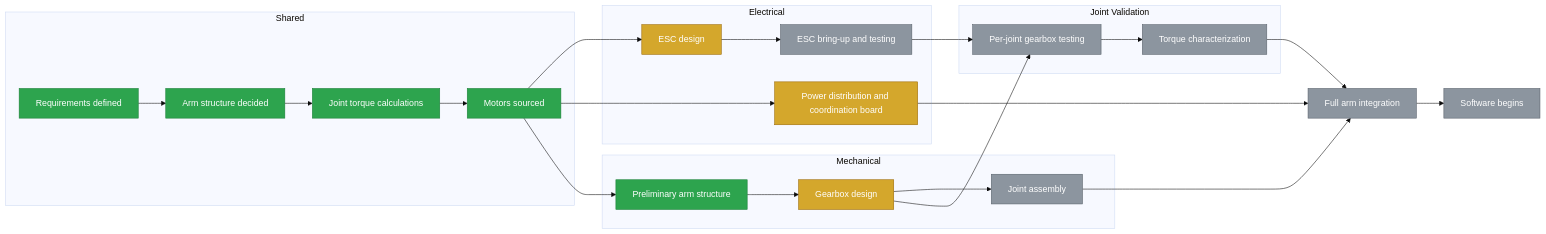
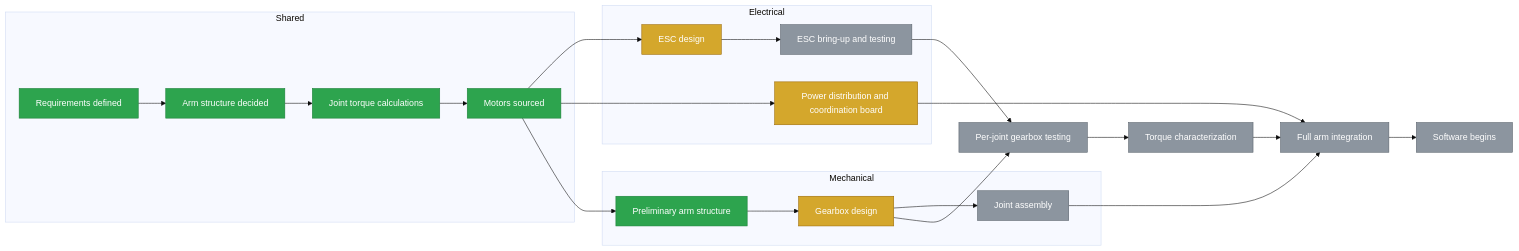
The diagram in README.md (J-Di/MEC-arm), drawn with Mermaid (base theme) before and after one commit. The commit also changed other lines of this file, not shown here.

Commit message:
Refactor joint validation section in README
Moved joint validation tasks outside of the subgraph for clarity.

````diff
--- a/README.md
+++ b/README.md
@@ -18,48 +18,45 @@
 ```mermaid
 flowchart LR
     subgraph Shared
         A[Requirements defined]
         B[Arm structure decided]
         C[Joint torque calculations]
         D[Motors sourced]
     end
 
     subgraph Electrical
         E[ESC design]
         H[ESC bring-up and testing]
         P[Power distribution and coordination board]
     end
 
     subgraph Mechanical
         F[Preliminary arm structure]
         G[Gearbox design]
         I[Joint assembly]
     end
 
-    subgraph Validation[Joint Validation]
-        K[Per-joint gearbox testing]
-        L[Torque characterization]
-    end
-
+    K[Per-joint gearbox testing]
+    L[Torque characterization]
     J[Full arm integration]
     S[Software begins]
 
     A --> B --> C --> D
     D --> E --> H
     D --> P
     D --> F --> G --> I
     H --> K
     G --> K
     K --> L
     L --> J
     I --> J
     P --> J
     J --> S
 
     classDef done fill:#2da44e,stroke:#1a7f37,color:#fff
     classDef wip  fill:#d4a72c,stroke:#9a6700,color:#fff
     classDef todo fill:#8c959f,stroke:#57606a,color:#fff
     class A,B,C,D,F done
     class E,G,P wip
     class H,I,J,K,L,S todo
 ```
````
